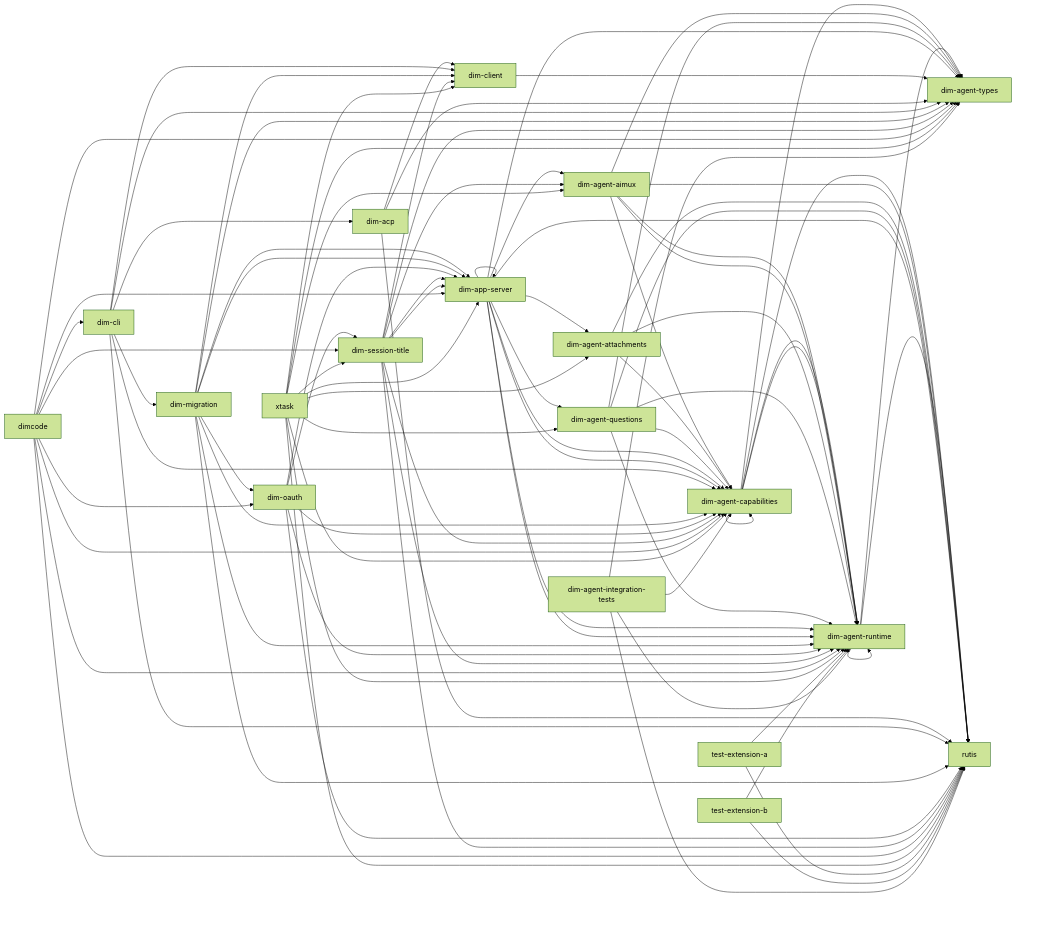
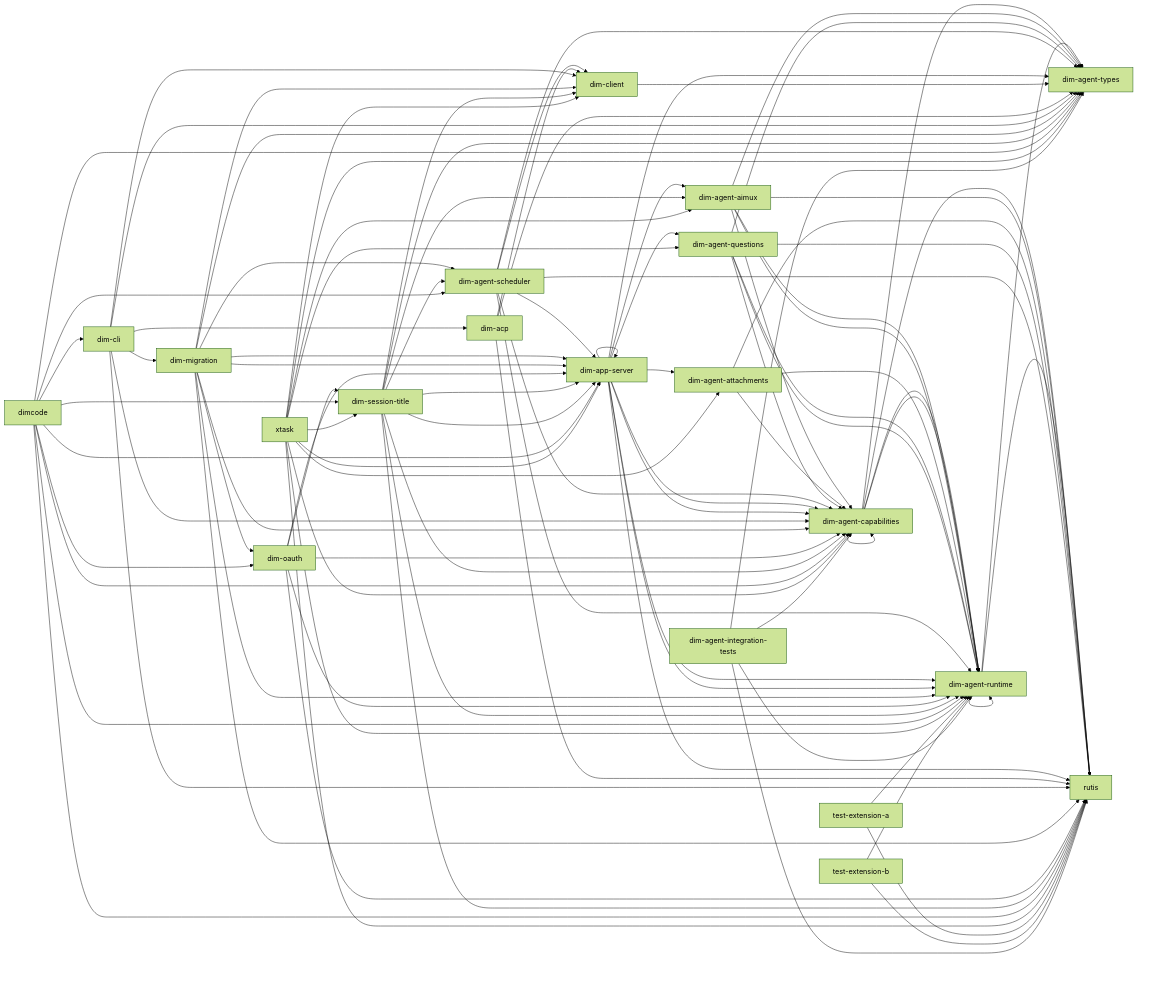
Before and after one commit to CoutinhoTTS/dim-agent: the diagram in docs/architecture/rust-agent/generated/crates.mmd, drawn with Mermaid (forest theme). The commit also changed 6 other files, not shown here.

```diff
--- a/docs/architecture/rust-agent/generated/crates.mmd
+++ b/docs/architecture/rust-agent/generated/crates.mmd
@@ -1,90 +1,99 @@
 %% Generated from cargo metadata; do not edit.
 flowchart LR
   dim_agent_runtime["dim-agent-runtime"] --> dim_agent_types["dim-agent-types"]
   dim_agent_runtime["dim-agent-runtime"] --> rutis["rutis"]
   dim_agent_runtime["dim-agent-runtime"] --> dim_agent_runtime["dim-agent-runtime"]
   dim_agent_capabilities["dim-agent-capabilities"] --> dim_agent_runtime["dim-agent-runtime"]
   dim_agent_capabilities["dim-agent-capabilities"] --> dim_agent_types["dim-agent-types"]
   dim_agent_capabilities["dim-agent-capabilities"] --> rutis["rutis"]
   dim_agent_capabilities["dim-agent-capabilities"] --> dim_agent_capabilities["dim-agent-capabilities"]
   dim_agent_capabilities["dim-agent-capabilities"] --> dim_agent_runtime["dim-agent-runtime"]
   dim_agent_aimux["dim-agent-aimux"] --> dim_agent_capabilities["dim-agent-capabilities"]
   dim_agent_aimux["dim-agent-aimux"] --> dim_agent_runtime["dim-agent-runtime"]
   dim_agent_aimux["dim-agent-aimux"] --> dim_agent_types["dim-agent-types"]
   dim_agent_aimux["dim-agent-aimux"] --> rutis["rutis"]
   dim_agent_aimux["dim-agent-aimux"] --> dim_agent_runtime["dim-agent-runtime"]
   dim_agent_attachments["dim-agent-attachments"] --> dim_agent_capabilities["dim-agent-capabilities"]
   dim_agent_attachments["dim-agent-attachments"] --> dim_agent_runtime["dim-agent-runtime"]
   dim_agent_attachments["dim-agent-attachments"] --> rutis["rutis"]
   dim_agent_questions["dim-agent-questions"] --> dim_agent_capabilities["dim-agent-capabilities"]
   dim_agent_questions["dim-agent-questions"] --> dim_agent_runtime["dim-agent-runtime"]
   dim_agent_questions["dim-agent-questions"] --> dim_agent_types["dim-agent-types"]
   dim_agent_questions["dim-agent-questions"] --> rutis["rutis"]
   dim_agent_questions["dim-agent-questions"] --> dim_agent_runtime["dim-agent-runtime"]
+  dim_agent_scheduler["dim-agent-scheduler"] --> dim_agent_capabilities["dim-agent-capabilities"]
+  dim_agent_scheduler["dim-agent-scheduler"] --> dim_agent_runtime["dim-agent-runtime"]
+  dim_agent_scheduler["dim-agent-scheduler"] --> dim_agent_types["dim-agent-types"]
+  dim_agent_scheduler["dim-agent-scheduler"] --> dim_app_server["dim-app-server"]
+  dim_agent_scheduler["dim-agent-scheduler"] --> rutis["rutis"]
+  dim_agent_scheduler["dim-agent-scheduler"] --> dim_client["dim-client"]
   dim_app_server["dim-app-server"] --> dim_agent_aimux["dim-agent-aimux"]
   dim_app_server["dim-app-server"] --> dim_agent_attachments["dim-agent-attachments"]
   dim_app_server["dim-app-server"] --> dim_agent_capabilities["dim-agent-capabilities"]
   dim_app_server["dim-app-server"] --> dim_agent_questions["dim-agent-questions"]
   dim_app_server["dim-app-server"] --> dim_agent_runtime["dim-agent-runtime"]
   dim_app_server["dim-app-server"] --> dim_agent_types["dim-agent-types"]
   dim_app_server["dim-app-server"] --> rutis["rutis"]
   dim_app_server["dim-app-server"] --> dim_agent_capabilities["dim-agent-capabilities"]
   dim_app_server["dim-app-server"] --> dim_agent_runtime["dim-agent-runtime"]
   dim_app_server["dim-app-server"] --> dim_app_server["dim-app-server"]
   dim_client["dim-client"] --> dim_agent_types["dim-agent-types"]
   dim_acp["dim-acp"] --> dim_agent_types["dim-agent-types"]
   dim_acp["dim-acp"] --> dim_client["dim-client"]
   dim_acp["dim-acp"] --> rutis["rutis"]
   dim_cli["dim-cli"] --> dim_acp["dim-acp"]
   dim_cli["dim-cli"] --> dim_agent_capabilities["dim-agent-capabilities"]
   dim_cli["dim-cli"] --> dim_agent_types["dim-agent-types"]
   dim_cli["dim-cli"] --> dim_client["dim-client"]
   dim_cli["dim-cli"] --> dim_migration["dim-migration"]
   dim_cli["dim-cli"] --> rutis["rutis"]
   dim_migration["dim-migration"] --> dim_agent_capabilities["dim-agent-capabilities"]
   dim_migration["dim-migration"] --> dim_agent_runtime["dim-agent-runtime"]
   dim_migration["dim-migration"] --> dim_agent_types["dim-agent-types"]
   dim_migration["dim-migration"] --> dim_app_server["dim-app-server"]
   dim_migration["dim-migration"] --> rutis["rutis"]
+  dim_migration["dim-migration"] --> dim_agent_scheduler["dim-agent-scheduler"]
   dim_migration["dim-migration"] --> dim_app_server["dim-app-server"]
   dim_migration["dim-migration"] --> dim_client["dim-client"]
   dim_migration["dim-migration"] --> dim_oauth["dim-oauth"]
   dim_oauth["dim-oauth"] --> dim_agent_capabilities["dim-agent-capabilities"]
   dim_oauth["dim-oauth"] --> dim_agent_runtime["dim-agent-runtime"]
   dim_oauth["dim-oauth"] --> dim_app_server["dim-app-server"]
   dim_oauth["dim-oauth"] --> dim_session_title["dim-session-title"]
   dim_oauth["dim-oauth"] --> rutis["rutis"]
   dim_session_title["dim-session-title"] --> dim_agent_capabilities["dim-agent-capabilities"]
   dim_session_title["dim-session-title"] --> dim_agent_runtime["dim-agent-runtime"]
   dim_session_title["dim-session-title"] --> dim_agent_types["dim-agent-types"]
   dim_session_title["dim-session-title"] --> dim_app_server["dim-app-server"]
   dim_session_title["dim-session-title"] --> rutis["rutis"]
   dim_session_title["dim-session-title"] --> dim_agent_aimux["dim-agent-aimux"]
+  dim_session_title["dim-session-title"] --> dim_agent_scheduler["dim-agent-scheduler"]
   dim_session_title["dim-session-title"] --> dim_app_server["dim-app-server"]
   dim_session_title["dim-session-title"] --> dim_client["dim-client"]
+  dimcode["dimcode"] --> dim_agent_runtime["dim-agent-runtime"]
+  dimcode["dimcode"] --> dim_agent_scheduler["dim-agent-scheduler"]
   dimcode["dimcode"] --> dim_app_server["dim-app-server"]
   dimcode["dimcode"] --> dim_cli["dim-cli"]
   dimcode["dimcode"] --> dim_oauth["dim-oauth"]
   dimcode["dimcode"] --> dim_session_title["dim-session-title"]
   dimcode["dimcode"] --> dim_agent_capabilities["dim-agent-capabilities"]
-  dimcode["dimcode"] --> dim_agent_runtime["dim-agent-runtime"]
   dimcode["dimcode"] --> dim_agent_types["dim-agent-types"]
   dimcode["dimcode"] --> rutis["rutis"]
   xtask["xtask"] --> dim_agent_aimux["dim-agent-aimux"]
   xtask["xtask"] --> dim_agent_attachments["dim-agent-attachments"]
   xtask["xtask"] --> dim_agent_capabilities["dim-agent-capabilities"]
   xtask["xtask"] --> dim_agent_questions["dim-agent-questions"]
   xtask["xtask"] --> dim_agent_runtime["dim-agent-runtime"]
   xtask["xtask"] --> dim_agent_types["dim-agent-types"]
   xtask["xtask"] --> dim_app_server["dim-app-server"]
   xtask["xtask"] --> dim_client["dim-client"]
   xtask["xtask"] --> dim_session_title["dim-session-title"]
   xtask["xtask"] --> rutis["rutis"]
   test_extension_a["test-extension-a"] --> dim_agent_runtime["dim-agent-runtime"]
   test_extension_a["test-extension-a"] --> rutis["rutis"]
   test_extension_b["test-extension-b"] --> dim_agent_runtime["dim-agent-runtime"]
   test_extension_b["test-extension-b"] --> rutis["rutis"]
   dim_agent_integration_tests["dim-agent-integration-tests"] --> dim_agent_capabilities["dim-agent-capabilities"]
   dim_agent_integration_tests["dim-agent-integration-tests"] --> dim_agent_runtime["dim-agent-runtime"]
   dim_agent_integration_tests["dim-agent-integration-tests"] --> dim_agent_types["dim-agent-types"]
   dim_agent_integration_tests["dim-agent-integration-tests"] --> rutis["rutis"]
```
